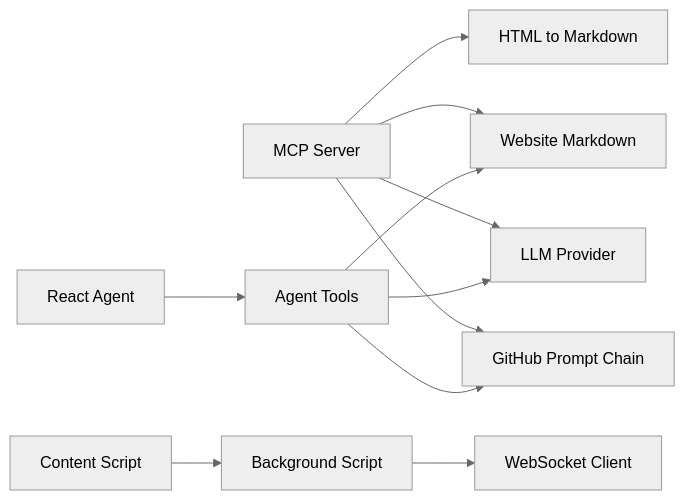
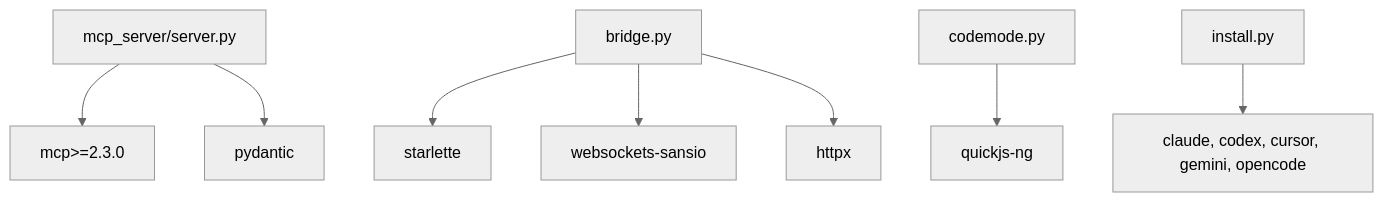
Before and after one commit to tashifkhan/tashif.codes: the sixth of 6 diagrams in src/data/docs/agentic-browser/MCP Server.md, drawn with Mermaid (neutral theme). The commit also changed other lines of this file and 114 other files, not shown here.

````diff
--- a/src/data/docs/agentic-browser/MCP Server.md
+++ b/src/data/docs/agentic-browser/MCP Server.md
@@ -197,13 +163,10 @@
 ```mermaid
-graph LR
-MCP["MCP Server"] --> LLM["LLM Provider"]
-MCP --> GH["GitHub Prompt Chain"]
-MCP --> WM["Website Markdown"]
-MCP --> HM["HTML to Markdown"]
-RA["React Agent"] --> RT["Agent Tools"]
-RT --> GH
-RT --> WM
-RT --> LLM
-BG["Background Script"] --> WS["WebSocket Client"]
-CT["Content Script"] --> BG
+graph TB
+  Server["mcp_server/server.py"] --> SDK["mcp>=2.3.0"]
+  Server --> Pydantic["pydantic"]
+  Bridge["bridge.py"] --> Starlette["starlette"]
+  Bridge --> Websockets["websockets-sansio"]
+  Bridge --> HTTPX["httpx"]
+  Code["codemode.py"] --> QuickJS["quickjs-ng"]
+  Install["install.py"] --> Clients["claude, codex, cursor, gemini, opencode"]
 ```
````
